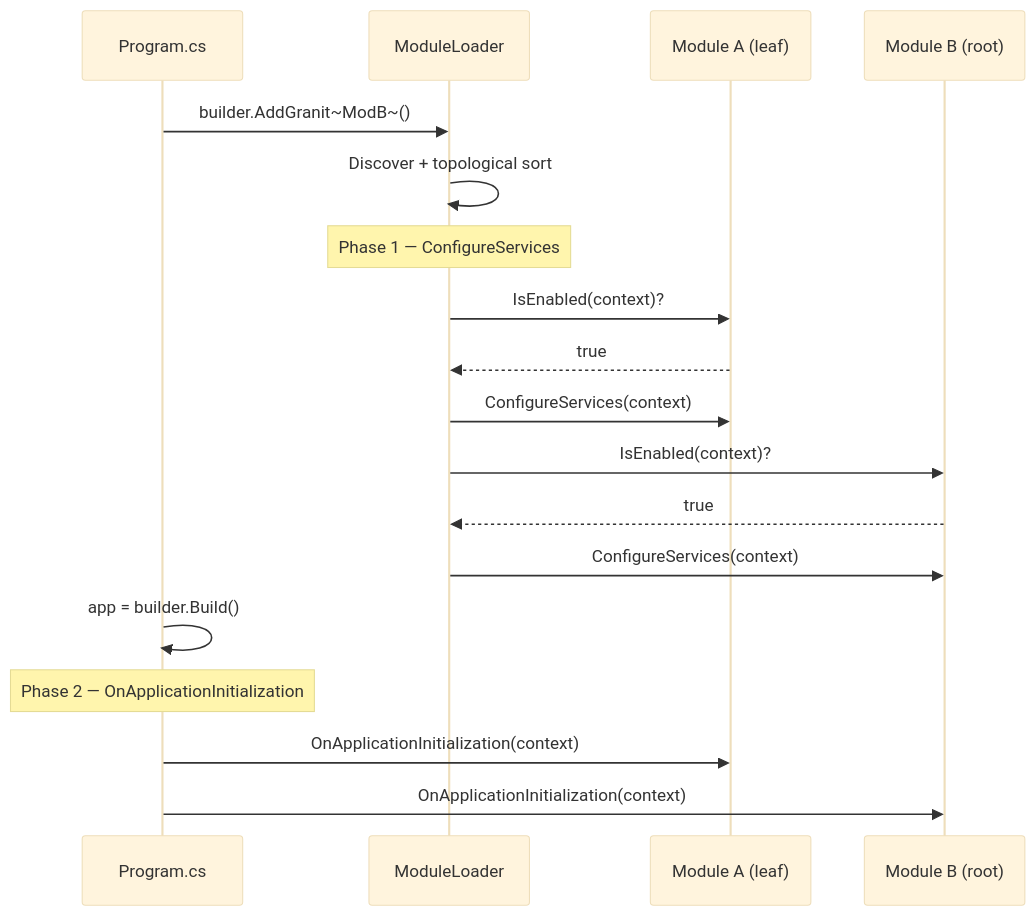
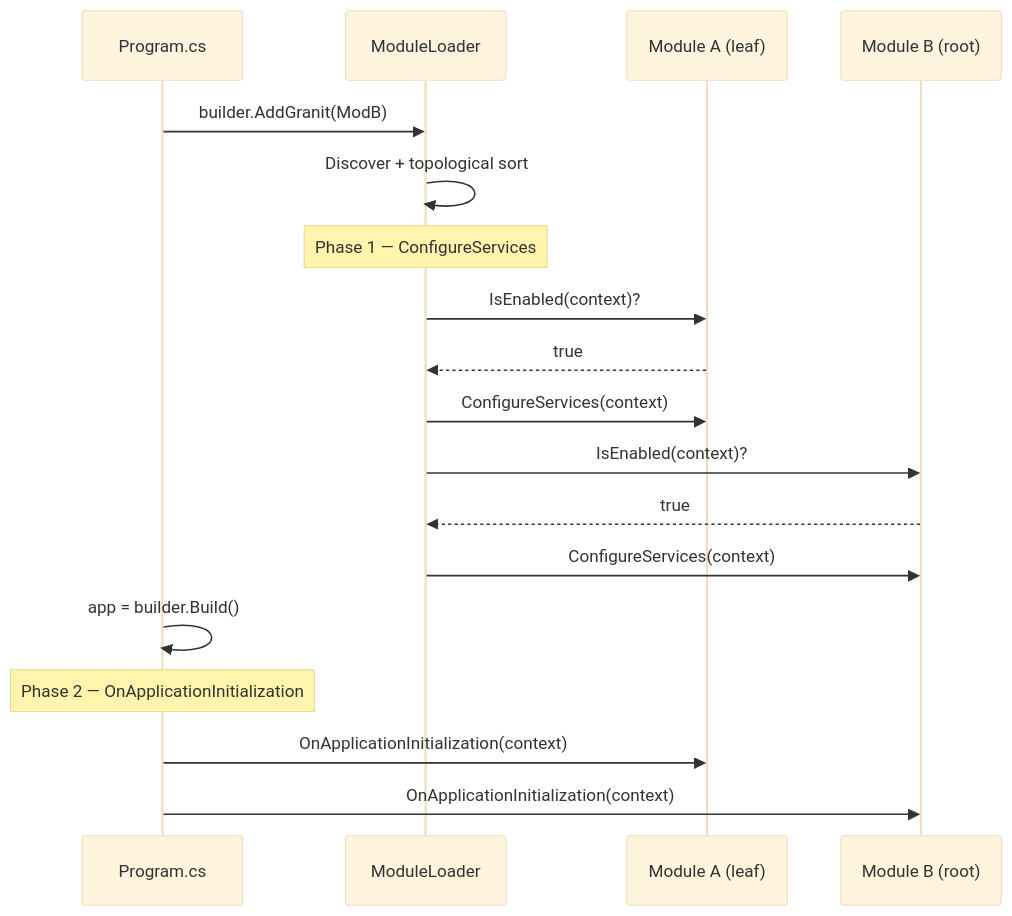
One commit to enraiz/granit-dotnet changed the diagram in docs-site/src/content/docs/concepts/module-system.mdx. Above: the diagram before and after it, drawn with Mermaid (base theme). The commit also changed 3 other files, not shown here.

First line of the commit message:
refactor(docs): extract mermaid script to public/mermaid-init.js

````diff
--- a/docs-site/src/content/docs/concepts/module-system.mdx
+++ b/docs-site/src/content/docs/concepts/module-system.mdx
@@ -54,24 +54,24 @@
 ```mermaid
 sequenceDiagram
     participant Host as Program.cs
     participant Loader as ModuleLoader
     participant ModA as Module A (leaf)
     participant ModB as Module B (root)
 
-    Host->>Loader: builder.AddGranit~ModB~()
+    Host->>Loader: builder.AddGranit(ModB)
     Loader->>Loader: Discover + topological sort
 
     Note over Loader: Phase 1 — ConfigureServices
     Loader->>ModA: IsEnabled(context)?
     ModA-->>Loader: true
     Loader->>ModA: ConfigureServices(context)
     Loader->>ModB: IsEnabled(context)?
     ModB-->>Loader: true
     Loader->>ModB: ConfigureServices(context)
 
     Host->>Host: app = builder.Build()
 
     Note over Host: Phase 2 — OnApplicationInitialization
     Host->>ModA: OnApplicationInitialization(context)
     Host->>ModB: OnApplicationInitialization(context)
 ```
````
